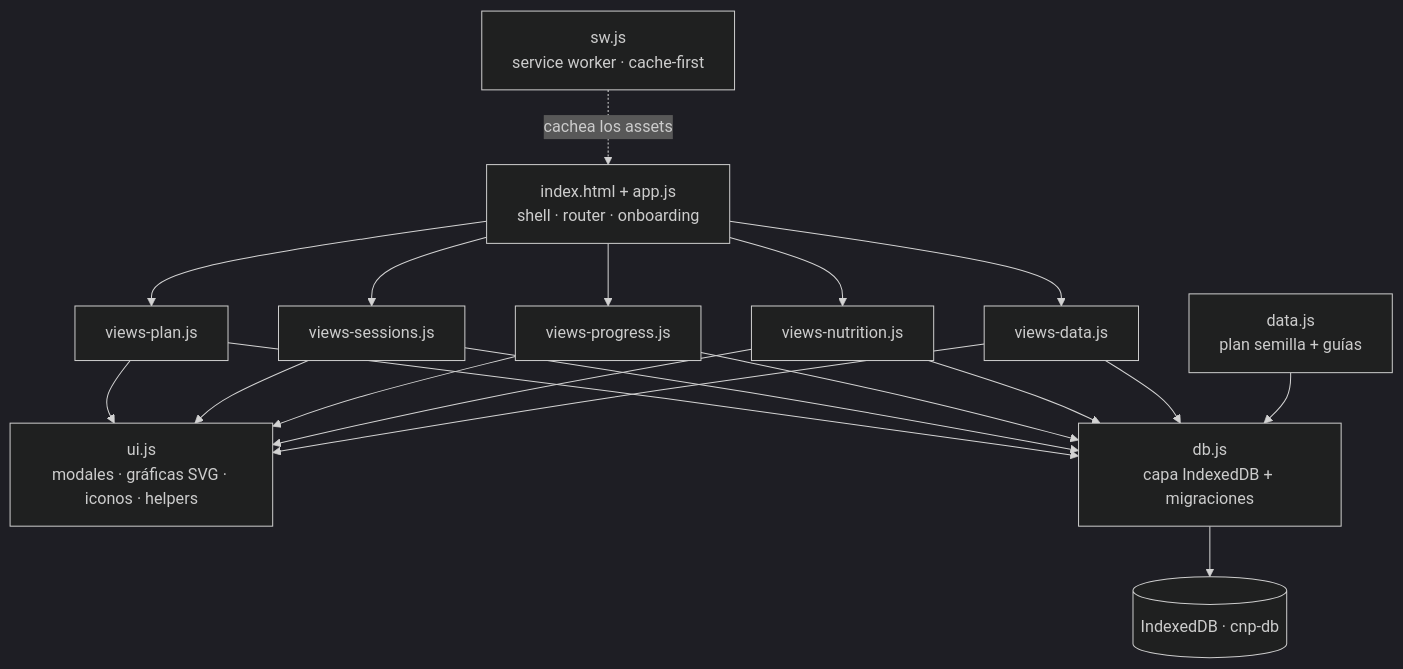
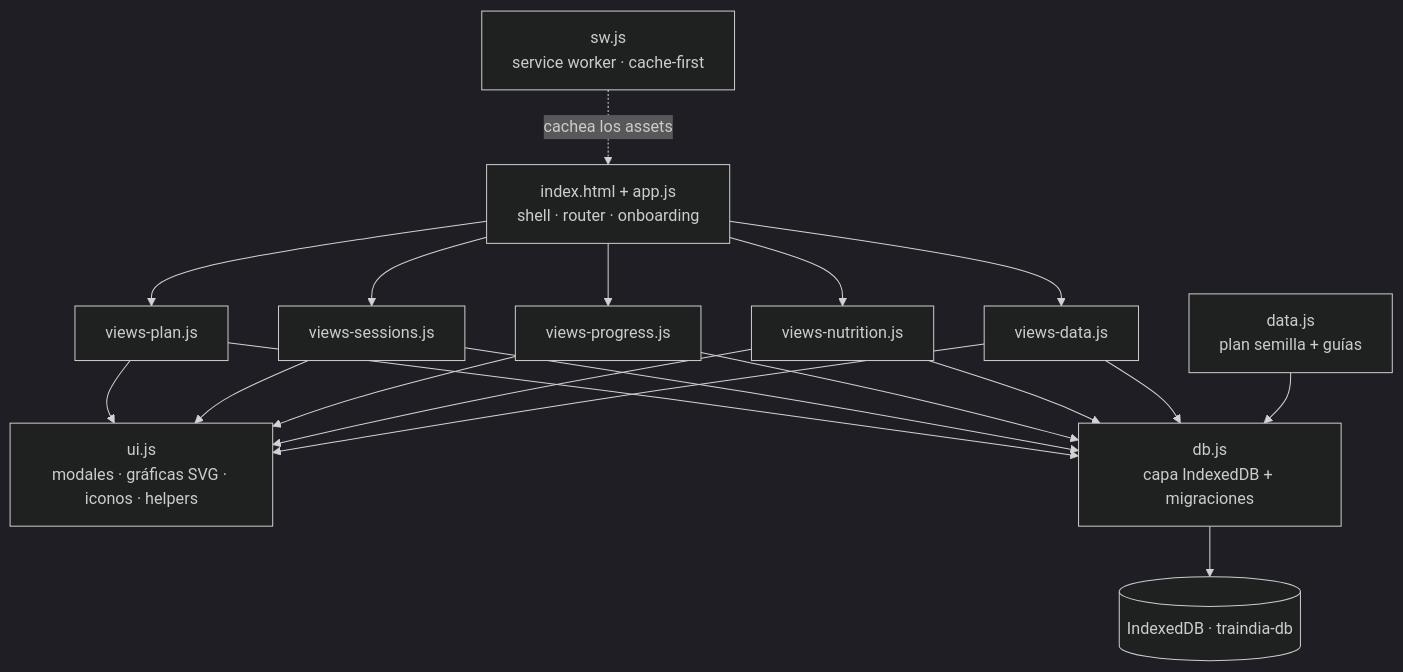
Before and after one commit to RaulMarquez24/Traindia: the diagram in README.md, drawn with Mermaid (dark theme). The commit also changed other lines of this file and 7 other files, not shown here.

````diff
--- a/README.md
+++ b/README.md
@@ -94,21 +94,21 @@
 ```mermaid
 flowchart TD
     SHELL["index.html + app.js<br/>shell · router · onboarding"]
     UIH["ui.js<br/>modales · gráficas SVG · iconos · helpers"]
     SEED["data.js<br/>plan semilla + guías"]
     DB["db.js<br/>capa IndexedDB + migraciones"]
-    IDB[("IndexedDB · cnp-db")]
+    IDB[("IndexedDB · traindia-db")]
     SW["sw.js<br/>service worker · cache-first"]
 
     SHELL --> V_PLAN["views-plan.js"]
     SHELL --> V_SES["views-sessions.js"]
     SHELL --> V_PROG["views-progress.js"]
     SHELL --> V_NUT["views-nutrition.js"]
     SHELL --> V_DATA["views-data.js"]
 
     V_PLAN & V_SES & V_PROG & V_NUT & V_DATA --> UIH
     V_PLAN & V_SES & V_PROG & V_NUT & V_DATA --> DB
     DB --> IDB
     SEED --> DB
     SW -. cachea los assets .-> SHELL
 ```
````
